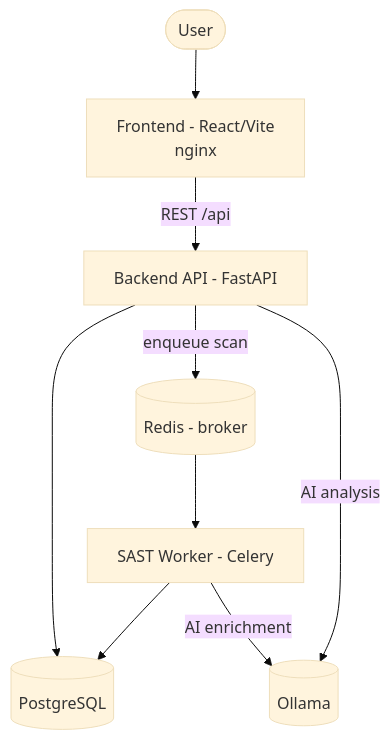
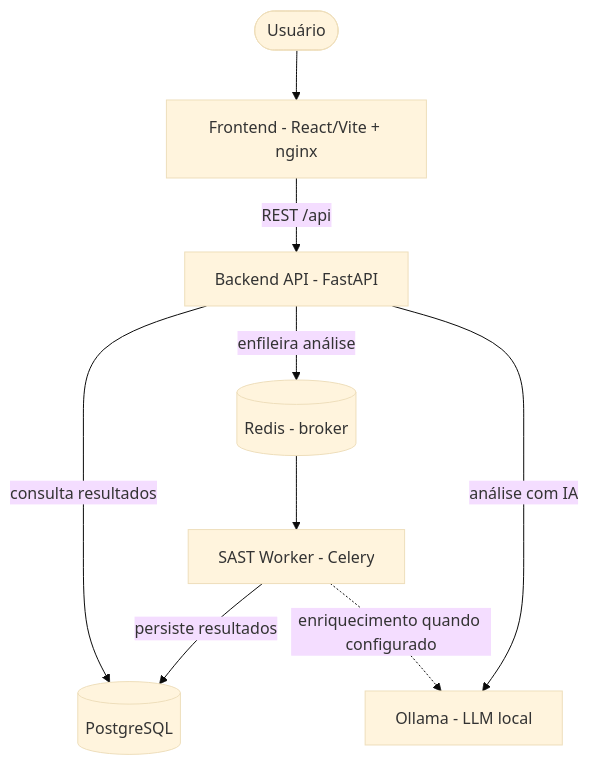
One commit to LorenzzoDiass/SASTGuard changed the second of 7 diagrams in docs/ARCHITECTURE.md. Above: the diagram before and after it, drawn with Mermaid (base theme). The commit also changed other lines of this file, not shown here.

First line of the commit message:
Revise architecture documentation and diagrams

````diff
--- a/docs/ARCHITECTURE.md
+++ b/docs/ARCHITECTURE.md
@@ -25,19 +27,19 @@
 ```mermaid
 flowchart TD
-    user([User])
-    fe[Frontend - React/Vite<br/>nginx]
+    user([Usuário])
+    fe[Frontend - React/Vite + nginx]
     api[Backend API - FastAPI]
     worker[SAST Worker - Celery]
     redis[(Redis - broker)]
     pg[(PostgreSQL)]
-    ollama[(Ollama)]
+    ollama[Ollama - LLM local]
 
     user --> fe
     fe -->|REST /api| api
-    api -->|enqueue scan| redis
+    api -->|enfileira análise| redis
     redis --> worker
-    worker --> pg
-    api --> pg
-    api -->|AI analysis| ollama
-    worker -->|AI enrichment| ollama
+    worker -->|persiste resultados| pg
+    api -->|consulta resultados| pg
+    api -->|análise com IA| ollama
+    worker -.->|enriquecimento quando configurado| ollama
 ```
````
